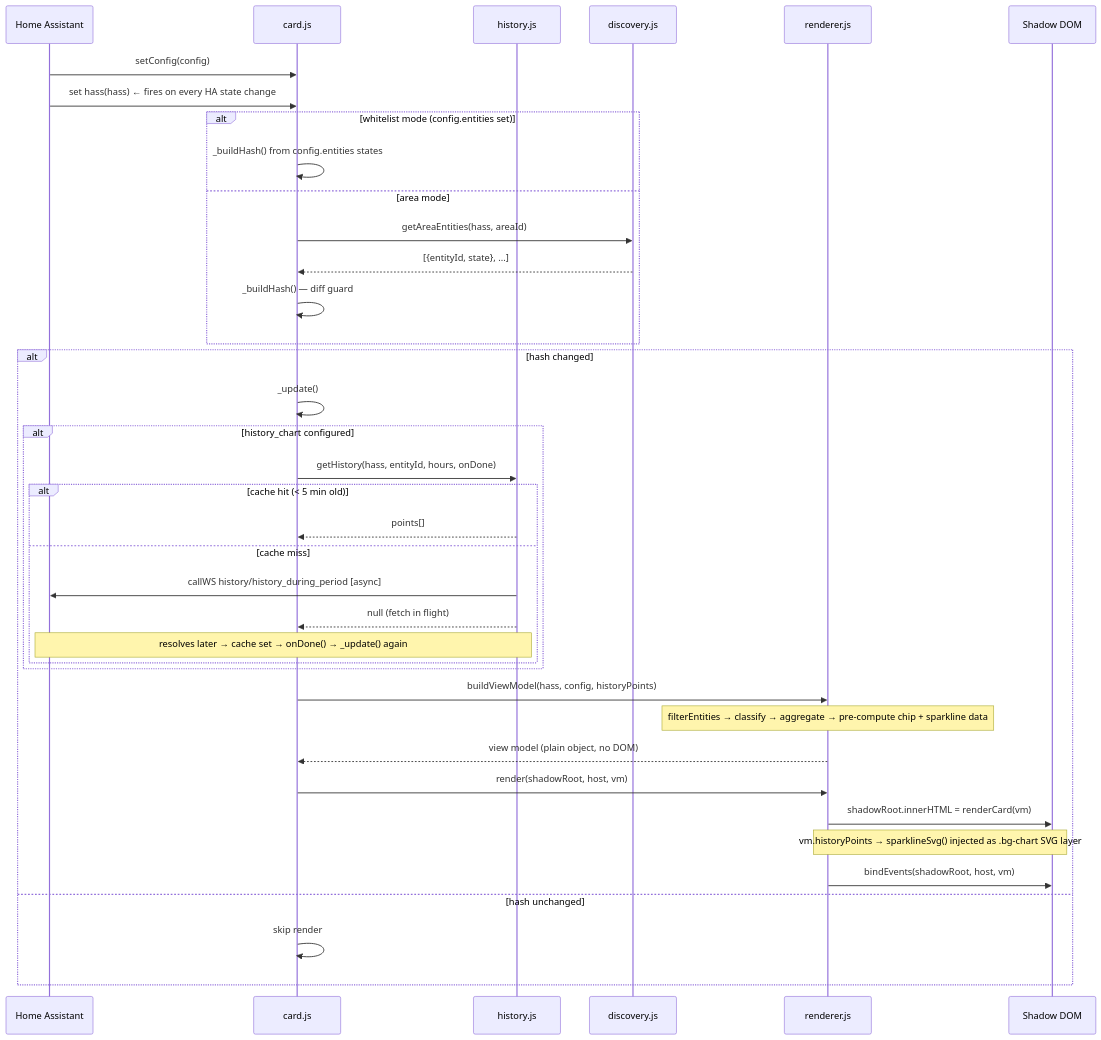
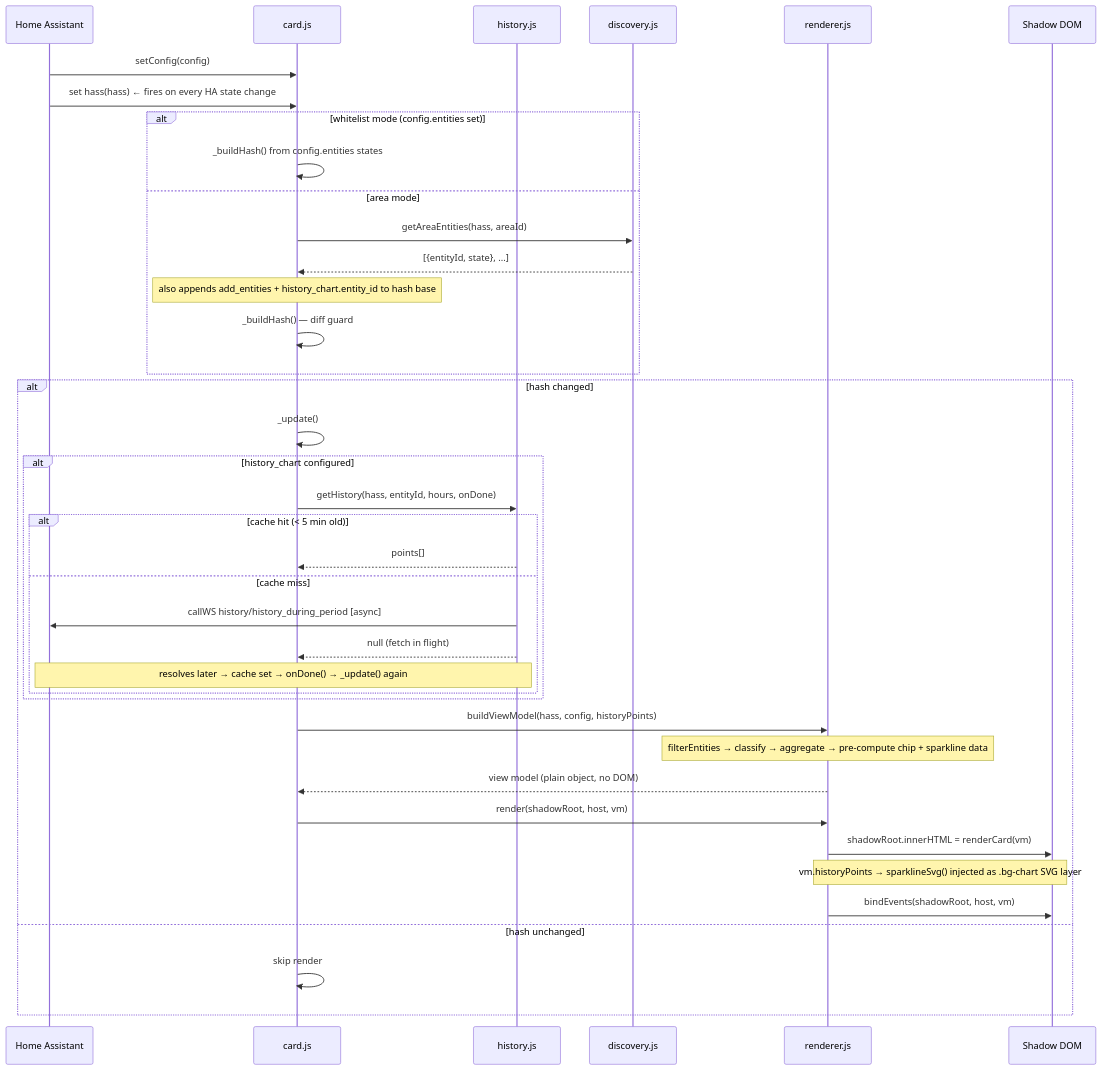
One commit to darknessnerd/hass-omnibus-card changed the second of 3 diagrams in DEVELOPMENT.md. Above: the diagram before and after it, drawn with Mermaid.

Commit message:
fix(card): history sparkline

````diff
--- a/DEVELOPMENT.md
+++ b/DEVELOPMENT.md
@@ -74,45 +74,46 @@
 ```mermaid
 sequenceDiagram
   participant HA as Home Assistant
   participant C  as card.js
   participant H  as history.js
   participant D  as discovery.js
   participant R  as renderer.js
   participant DOM as Shadow DOM
 
   HA->>C: setConfig(config)
   HA->>C: set hass(hass)  ← fires on every HA state change
 
   alt whitelist mode (config.entities set)
     C->>C: _buildHash() from config.entities states
   else area mode
     C->>D: getAreaEntities(hass, areaId)
     D-->>C: [{entityId, state}, ...]
+    note over C: also appends add_entities + history_chart.entity_id to hash base
     C->>C: _buildHash() — diff guard
   end
 
   alt hash changed
     C->>C: _update()
 
     alt history_chart configured
       C->>H: getHistory(hass, entityId, hours, onDone)
       alt cache hit (< 5 min old)
         H-->>C: points[]
       else cache miss
         H->>HA: callWS history/history_during_period [async]
         H-->>C: null  (fetch in flight)
         note over HA,H: resolves later → cache set → onDone() → _update() again
       end
     end
 
     C->>R: buildViewModel(hass, config, historyPoints)
     note over R: filterEntities → classify → aggregate → pre-compute chip + sparkline data
     R-->>C: view model (plain object, no DOM)
     C->>R: render(shadowRoot, host, vm)
     R->>DOM: shadowRoot.innerHTML = renderCard(vm)
     note over R,DOM: vm.historyPoints → sparklineSvg() injected as .bg-chart SVG layer
     R->>DOM: bindEvents(shadowRoot, host, vm)
   else hash unchanged
     C->>C: skip render
   end
 ```
````
